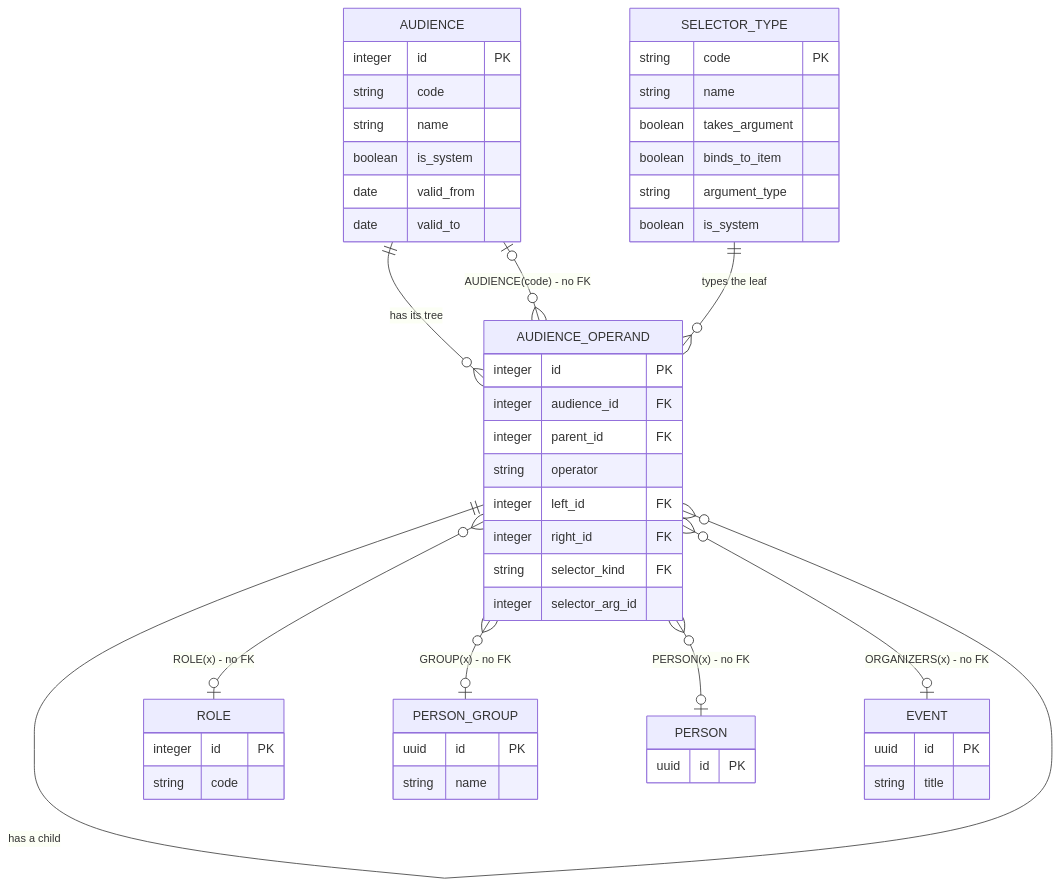
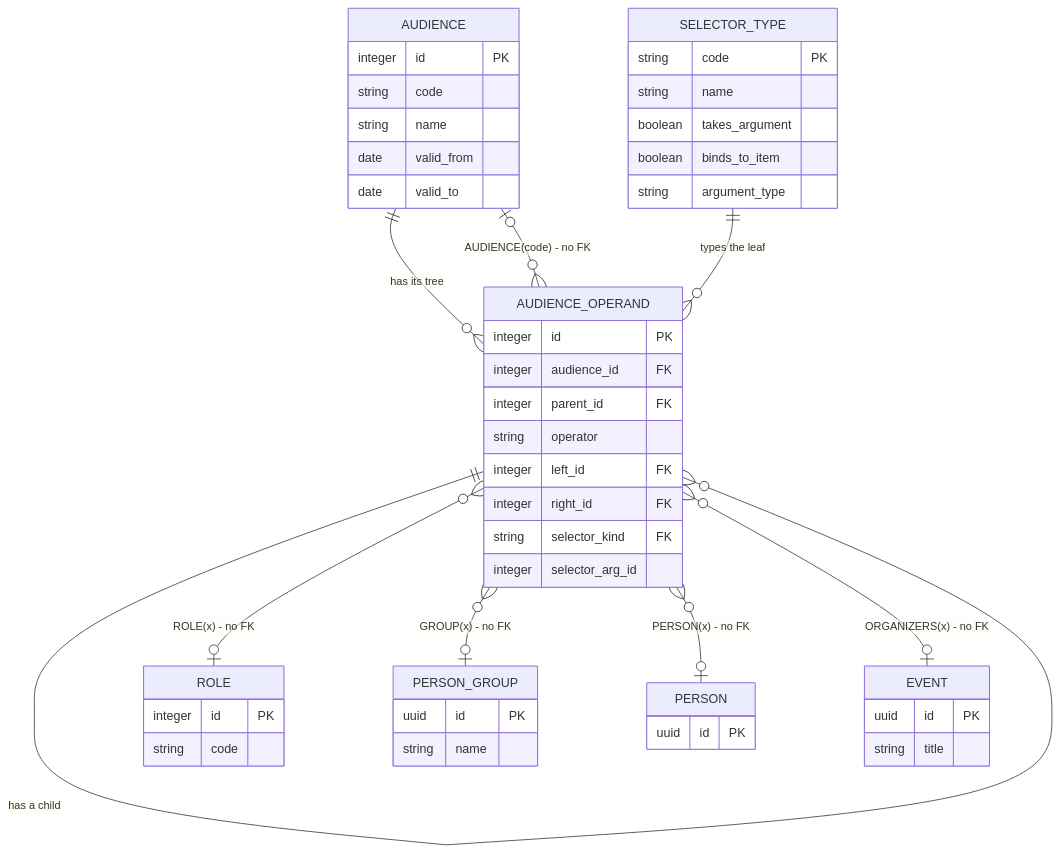
The second of 2 diagrams in docs/appendix/erd-a-authorization.md (azduha/taborak-specification), drawn with Mermaid before and after one commit. The commit also changed other lines of this file and 38 other files, not shown here.

````diff
--- a/docs/appendix/erd-a-authorization.md
+++ b/docs/appendix/erd-a-authorization.md
@@ -383,52 +386,50 @@
 ```mermaid
 erDiagram
     AUDIENCE {
         integer id PK
         string code
         string name
-        boolean is_system
         date valid_from
         date valid_to
     }
     AUDIENCE_OPERAND {
         integer id PK
         integer audience_id FK
         integer parent_id FK
         string operator
         integer left_id FK
         integer right_id FK
         string selector_kind FK
         integer selector_arg_id
     }
     SELECTOR_TYPE {
         string code PK
         string name
         boolean takes_argument
         boolean binds_to_item
         string argument_type
-        boolean is_system
     }
     ROLE {
         integer id PK
         string code
     }
     PERSON_GROUP {
         uuid id PK
         string name
     }
     PERSON {
         uuid id PK
     }
     EVENT {
         uuid id PK
         string title
     }
     AUDIENCE ||--o{ AUDIENCE_OPERAND : "has its tree"
     AUDIENCE_OPERAND ||--o{ AUDIENCE_OPERAND : "has a child"
     SELECTOR_TYPE ||--o{ AUDIENCE_OPERAND : "types the leaf"
     AUDIENCE_OPERAND }o--o| ROLE : "ROLE(x) - no FK"
     AUDIENCE_OPERAND }o--o| PERSON_GROUP : "GROUP(x) - no FK"
     AUDIENCE_OPERAND }o--o| AUDIENCE : "AUDIENCE(code) - no FK"
     AUDIENCE_OPERAND }o--o| PERSON : "PERSON(x) - no FK"
     AUDIENCE_OPERAND }o--o| EVENT : "ORGANIZERS(x) - no FK"
 ```
````
